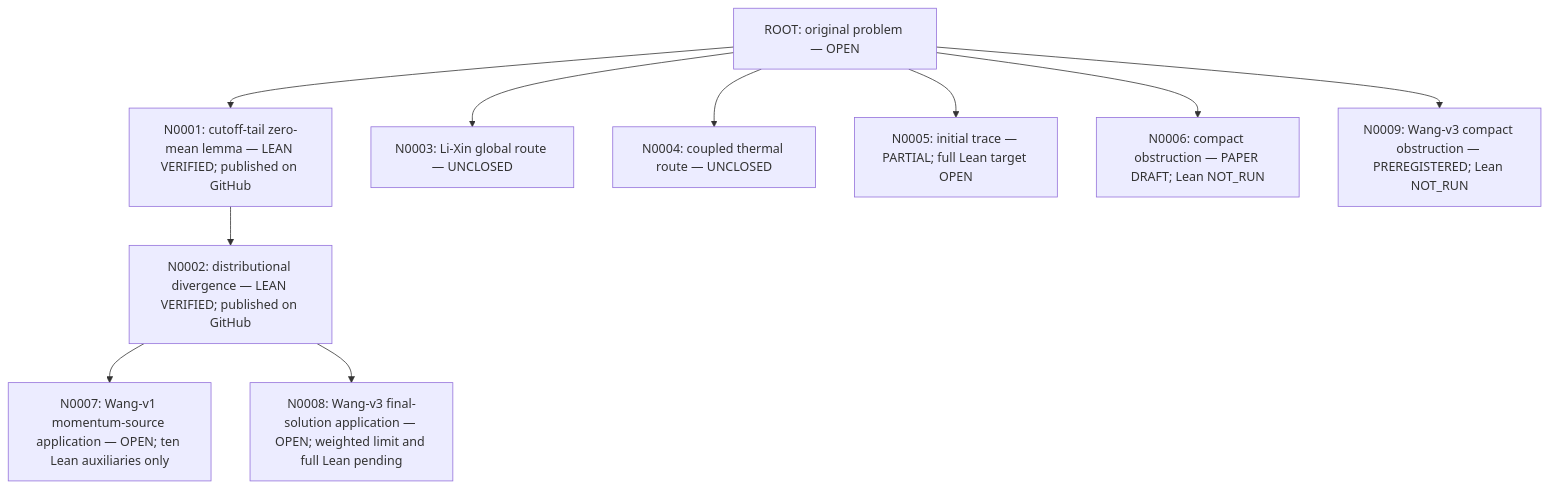
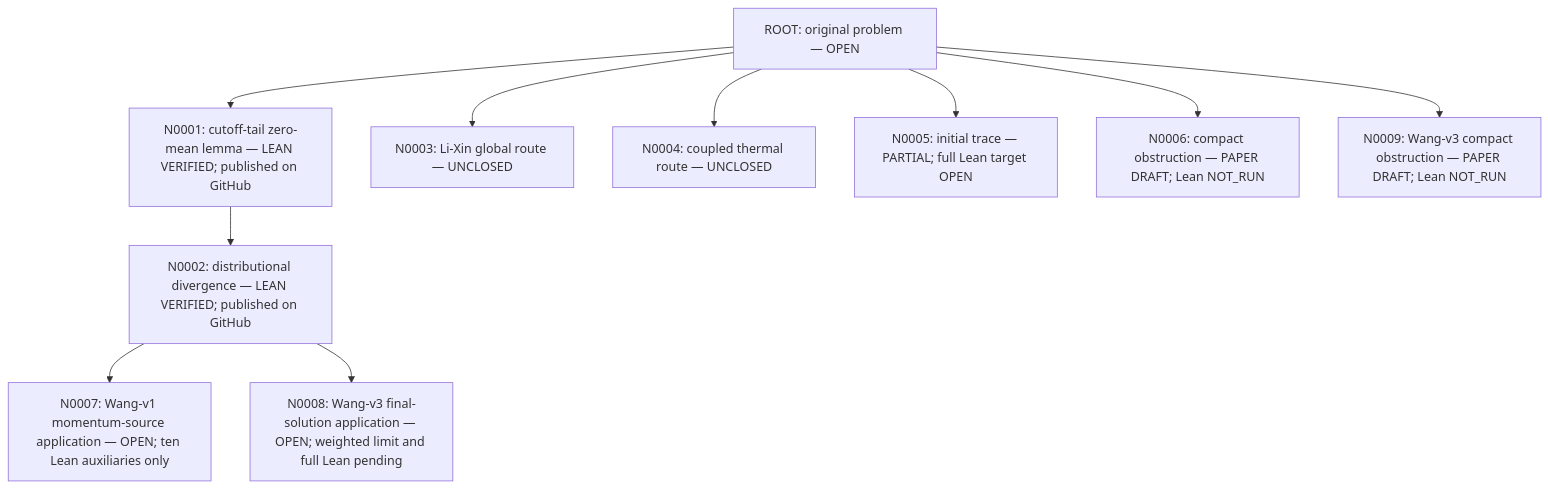
One commit to SongXin2357/xiong-fns-general-vacuum changed the diagram in README.md. Above: the diagram before and after it, drawn with Mermaid. The commit also changed other lines of this file and 18 other files, not shown here.

Commit message:
Document Wang-v3 compact-support obstruction as open Lean node

````diff
--- a/README.md
+++ b/README.md
@@ -9,12 +9,12 @@
 ```mermaid
 flowchart TD
  ROOT["ROOT: original problem — OPEN"] --> N0001["N0001: cutoff-tail zero-mean lemma — LEAN VERIFIED; published on GitHub"]
  N0001 --> N0002["N0002: distributional divergence — LEAN VERIFIED; published on GitHub"]
  N0002 --> N0007["N0007: Wang-v1 momentum-source application — OPEN; ten Lean auxiliaries only"]
  N0002 --> N0008["N0008: Wang-v3 final-solution application — OPEN; weighted limit and full Lean pending"]
  ROOT --> N0003["N0003: Li-Xin global route — UNCLOSED"]
  ROOT --> N0004["N0004: coupled thermal route — UNCLOSED"]
  ROOT --> N0005["N0005: initial trace — PARTIAL; full Lean target OPEN"]
  ROOT --> N0006["N0006: compact obstruction — PAPER DRAFT; Lean NOT_RUN"]
- ROOT --> N0009["N0009: Wang-v3 compact obstruction — PREREGISTERED; Lean NOT_RUN"]
+ ROOT --> N0009["N0009: Wang-v3 compact obstruction — PAPER DRAFT; Lean NOT_RUN"]
 ```
````
